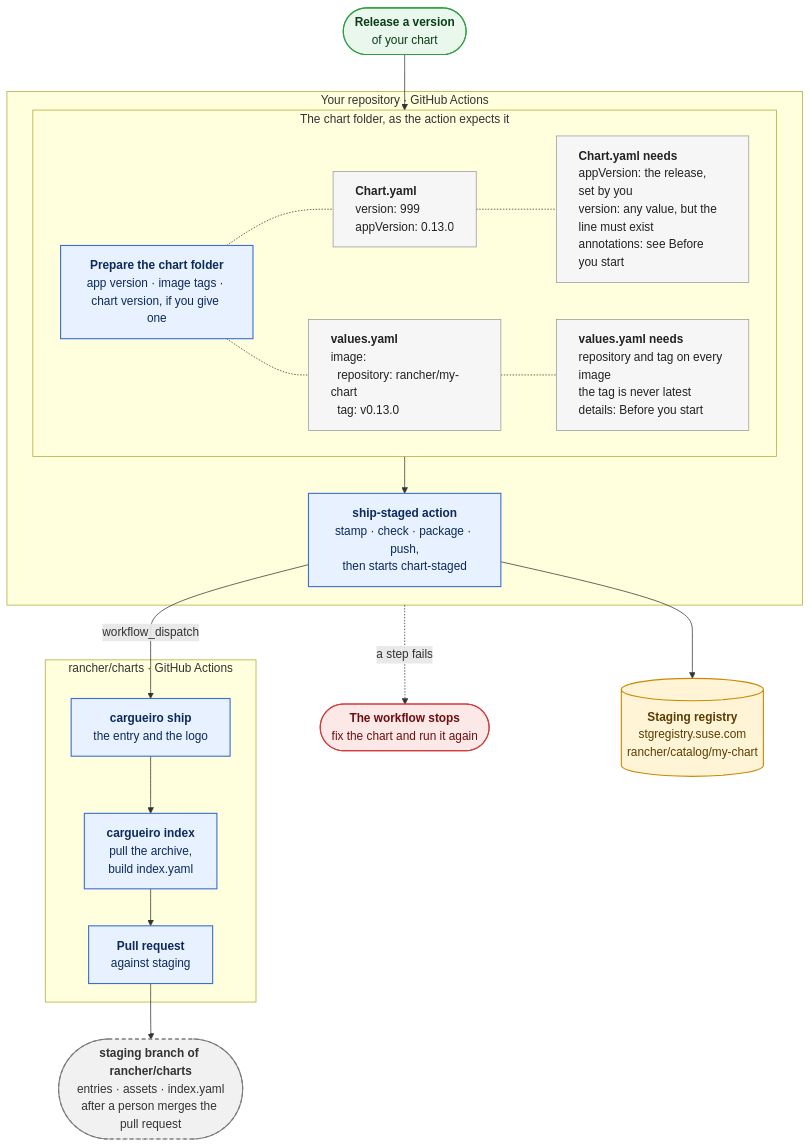
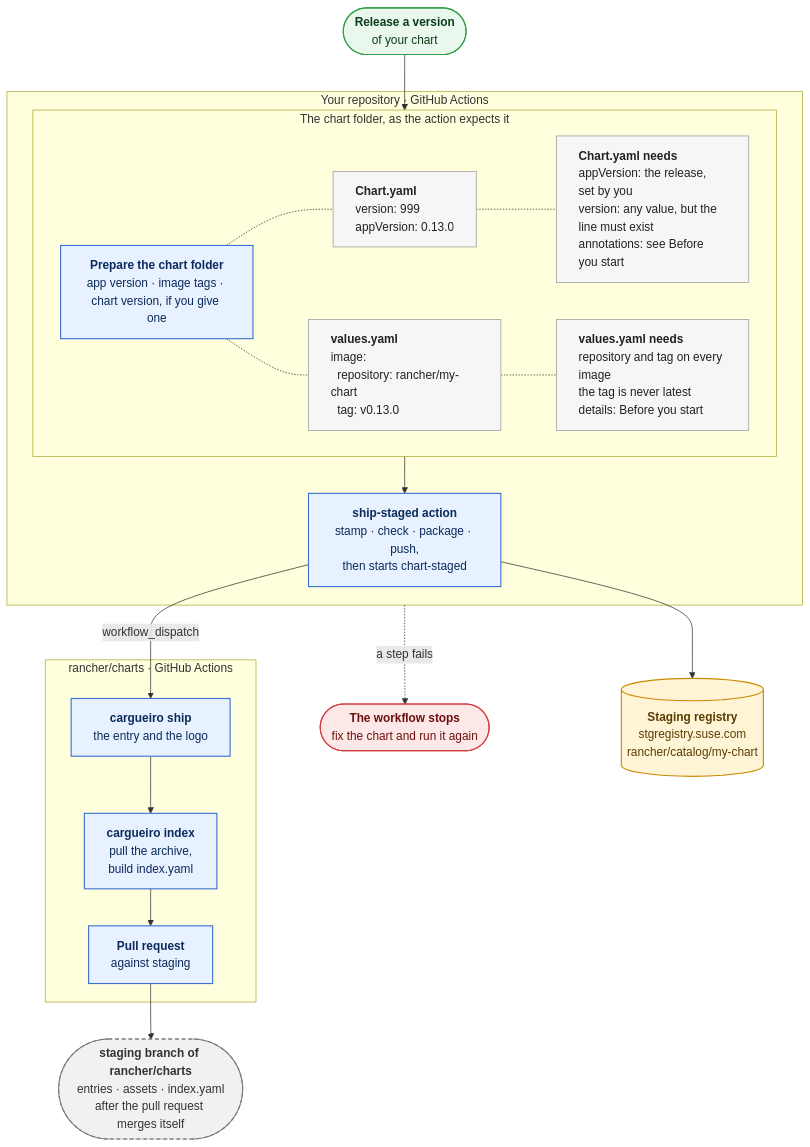
The diagram in docs/CHART_OWNER.md (nicholasSUSE/cargueiro), drawn with Mermaid before and after one commit. The commit also changed other lines of this file, not shown here.

First line of the commit message:
docs(chart-owner): describe the dispatcher App and the pull request that merges itself (#90)

````diff
--- a/docs/CHART_OWNER.md
+++ b/docs/CHART_OWNER.md
@@ -132,52 +132,52 @@
 ```mermaid
 flowchart TD
     start(["<b>Release a version</b><br/>of your chart"])
 
     subgraph owner["Your repository · GitHub Actions"]
         subgraph prep["The chart folder, as the action expects it"]
             direction LR
             prepare["<b>Prepare the chart folder</b><br/>app version · image tags · chart version, if you give one"]
             chartFile["<b>Chart.yaml</b><br/>version: 999<br/>appVersion: 0.13.0"]
             valuesFile["<b>values.yaml</b><br/>image:<br/>&nbsp;&nbsp;repository: rancher/my-chart<br/>&nbsp;&nbsp;tag: v0.13.0"]
             chartRules["<b>Chart.yaml needs</b><br/>appVersion: the release, set by you<br/>version: any value, but the line must exist<br/>annotations: see Before you start"]
             prepare -.- chartFile
             chartFile -.- chartRules
             valuesRules["<b>values.yaml needs</b><br/>repository and tag on every image<br/>the tag is never latest<br/>details: Before you start"]
             prepare -.- valuesFile
             valuesFile -.- valuesRules
         end
         action["<b>ship-staged action</b><br/>stamp · check · package · push,<br/>then starts chart-staged"]
         prep --> action
     end
 
     failed(["<b>The workflow stops</b><br/>fix the chart and run it again"])
     registry[("<b>Staging registry</b><br/>stgregistry.suse.com<br/>rancher/catalog/my-chart")]
 
     subgraph charts["rancher/charts · GitHub Actions"]
         ship["<b>cargueiro ship</b><br/>the entry and the logo"]
         index["<b>cargueiro index</b><br/>pull the archive,<br/>build index.yaml"]
         pr["<b>Pull request</b><br/>against staging"]
         ship --> index --> pr
     end
 
-    staging(["<b>staging branch of rancher/charts</b><br/>entries · assets · index.yaml<br/>after a person merges the pull request"])
+    staging(["<b>staging branch of rancher/charts</b><br/>entries · assets · index.yaml<br/>after the pull request merges itself"])
 
     start --> prep
     owner -. "a step fails" .-> failed
     action --> registry
     action -- "workflow_dispatch" --> ship
     pr --> staging
 
     classDef cmd fill:#e8f1ff,stroke:#3b6fd4,stroke-width:1.5px,color:#0b2a5b
     classDef store fill:#fff4d6,stroke:#c98a00,stroke-width:1.5px,color:#5a3d00
     classDef stop fill:#fde8e8,stroke:#d43b3b,stroke-width:1.5px,color:#6b0f0f
     classDef todo fill:#f1f1f1,stroke:#7a7a7a,stroke-width:1.5px,stroke-dasharray:5 4,color:#333
     classDef begin fill:#e9f7ec,stroke:#2f9e44,stroke-width:1.5px,color:#0b3d1a
     classDef file fill:#f6f6f6,stroke:#999,stroke-width:1px,color:#222,text-align:left
     class prepare,action,ship,index,pr cmd
     class chartFile,chartRules,valuesFile,valuesRules file
     class registry store
     class failed stop
     class staging todo
     class start begin
 ```
````
